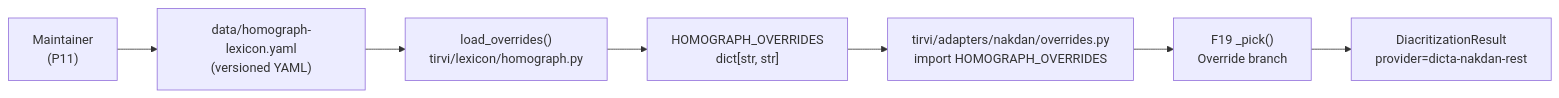
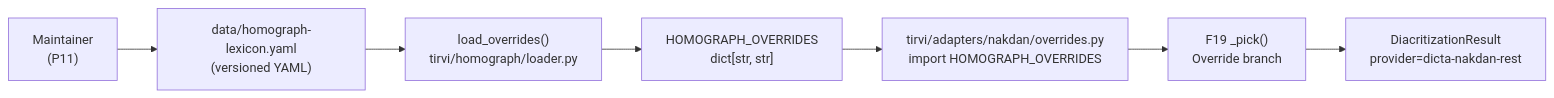
One commit to jb-612/tirvi changed the diagram in docs/diagrams/N02/F21/homograph-lexicon.mmd. Above: the diagram before and after it, drawn with Mermaid. The commit also changed 93 other files, not shown here.

```diff
--- a/docs/diagrams/N02/F21/homograph-lexicon.mmd
+++ b/docs/diagrams/N02/F21/homograph-lexicon.mmd
@@ -1,7 +1,7 @@
 flowchart LR
   Maintainer["Maintainer<br/>(P11)"] --> YAML["data/homograph-lexicon.yaml<br/>(versioned YAML)"]
-  YAML --> Loader["load_overrides()<br/>tirvi/lexicon/homograph.py"]
+  YAML --> Loader["load_overrides()<br/>tirvi/homograph/loader.py"]
   Loader --> Singleton["HOMOGRAPH_OVERRIDES<br/>dict[str, str]"]
   Singleton --> Override["tirvi/adapters/nakdan/overrides.py<br/>import HOMOGRAPH_OVERRIDES"]
   Override --> Pick["F19 _pick()<br/>Override branch"]
   Pick --> Result["DiacritizationResult<br/>provider=dicta-nakdan-rest"]
```
